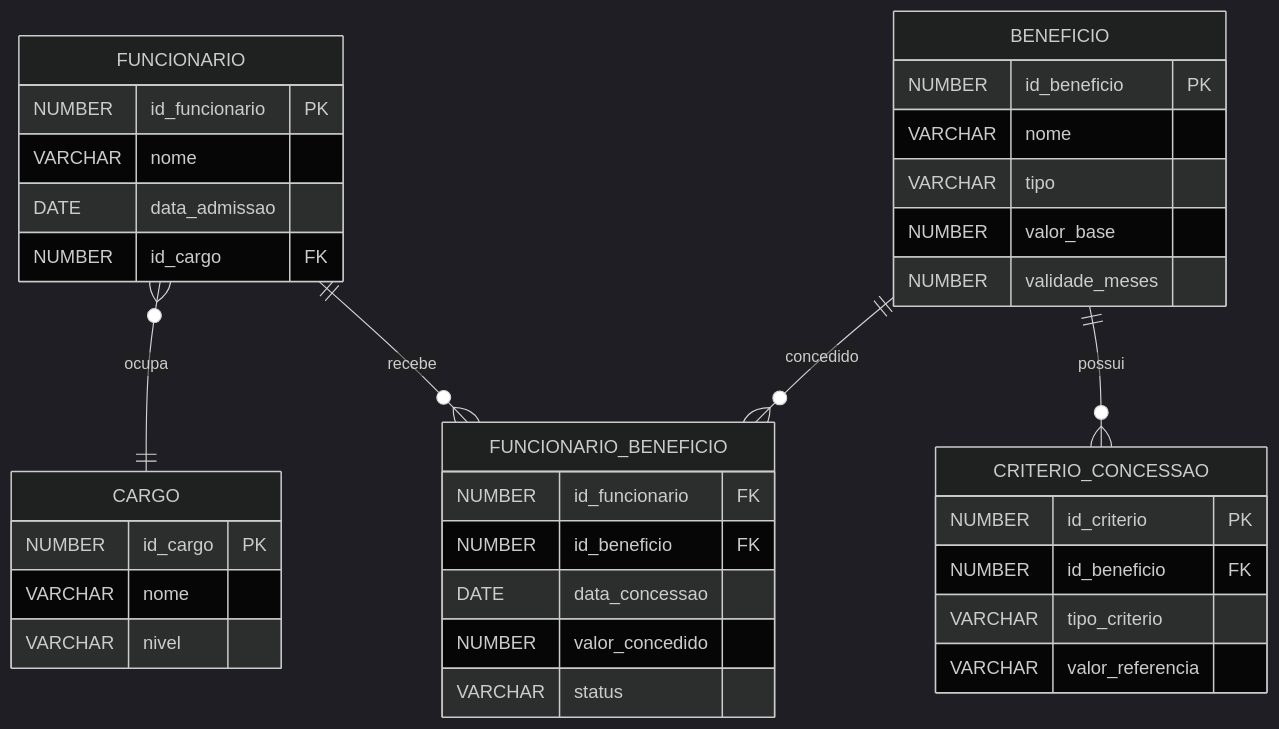
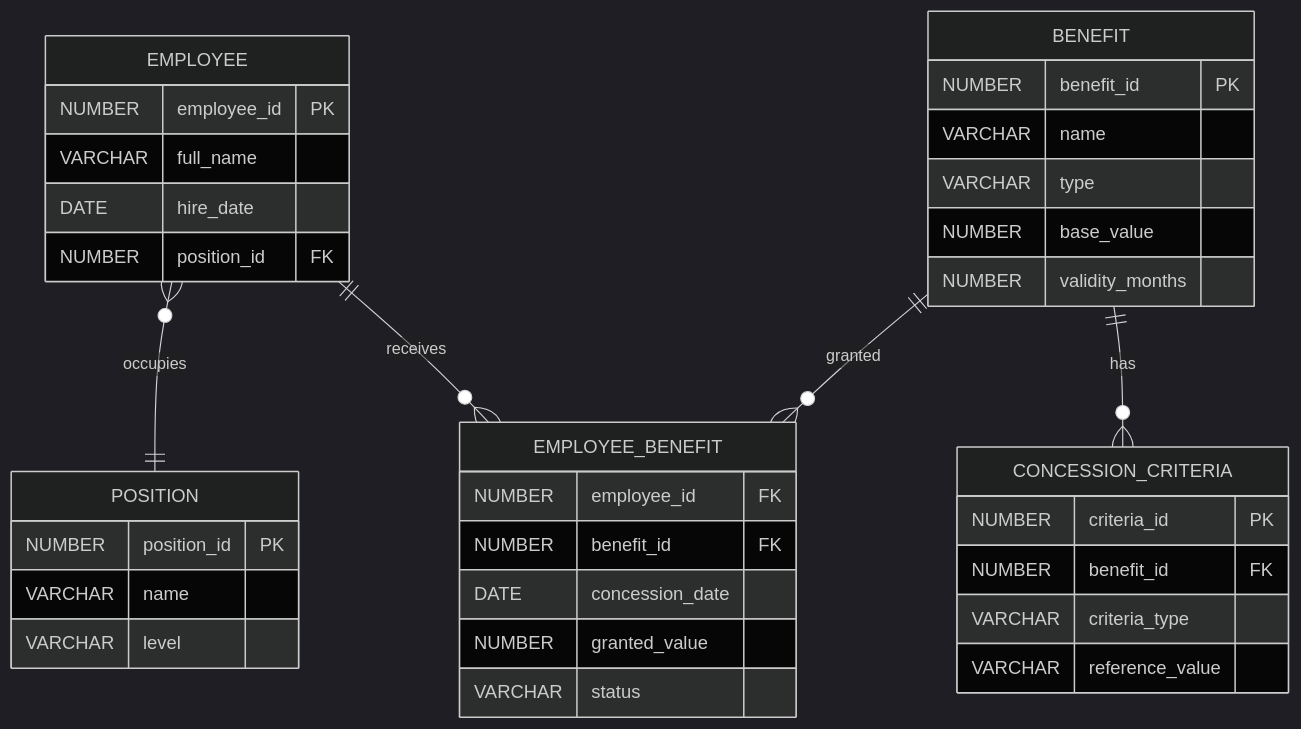
The diagram in docs/conceptual-model.mmd (KaiqueZulu/corp-benefits-management), drawn with Mermaid (dark theme) before and after one commit. The commit also changed 1 other file, not shown here.

```diff
--- a/docs/conceptual-model.mmd
+++ b/docs/conceptual-model.mmd
@@ -1,41 +1,41 @@
 erDiagram
-    FUNCIONARIO {
-        NUMBER id_funcionario PK
-        VARCHAR nome
-        DATE data_admissao
-        NUMBER id_cargo FK
+    EMPLOYEE {
+        NUMBER employee_id PK
+        VARCHAR full_name
+        DATE hire_date
+        NUMBER position_id FK
     }
 
-    CARGO {
-        NUMBER id_cargo PK
-        VARCHAR nome
-        VARCHAR nivel
+    POSITION {
+        NUMBER position_id PK
+        VARCHAR name
+        VARCHAR level
     }
 
-    BENEFICIO {
-        NUMBER id_beneficio PK
-        VARCHAR nome
-        VARCHAR tipo
-        NUMBER valor_base
-        NUMBER validade_meses
+    BENEFIT {
+        NUMBER benefit_id PK
+        VARCHAR name
+        VARCHAR type
+        NUMBER base_value
+        NUMBER validity_months
     }
 
-    CRITERIO_CONCESSAO {
-        NUMBER id_criterio PK
-        NUMBER id_beneficio FK
-        VARCHAR tipo_criterio
-        VARCHAR valor_referencia
+    CONCESSION_CRITERIA {
+        NUMBER criteria_id PK
+        NUMBER benefit_id FK
+        VARCHAR criteria_type
+        VARCHAR reference_value
     }
 
-    FUNCIONARIO_BENEFICIO {
-        NUMBER id_funcionario FK
-        NUMBER id_beneficio FK
-        DATE data_concessao
-        NUMBER valor_concedido
+    EMPLOYEE_BENEFIT {
+        NUMBER employee_id FK
+        NUMBER benefit_id FK
+        DATE concession_date
+        NUMBER granted_value
         VARCHAR status
     }
 
-    FUNCIONARIO }o--|| CARGO : ocupa
-    FUNCIONARIO ||--o{ FUNCIONARIO_BENEFICIO : recebe
-    BENEFICIO ||--o{ FUNCIONARIO_BENEFICIO : concedido
-    BENEFICIO ||--o{ CRITERIO_CONCESSAO : possui
+    EMPLOYEE }o--|| POSITION : occupies
+    EMPLOYEE ||--o{ EMPLOYEE_BENEFIT : receives
+    BENEFIT ||--o{ EMPLOYEE_BENEFIT : granted
+    BENEFIT ||--o{ CONCESSION_CRITERIA : has
```
